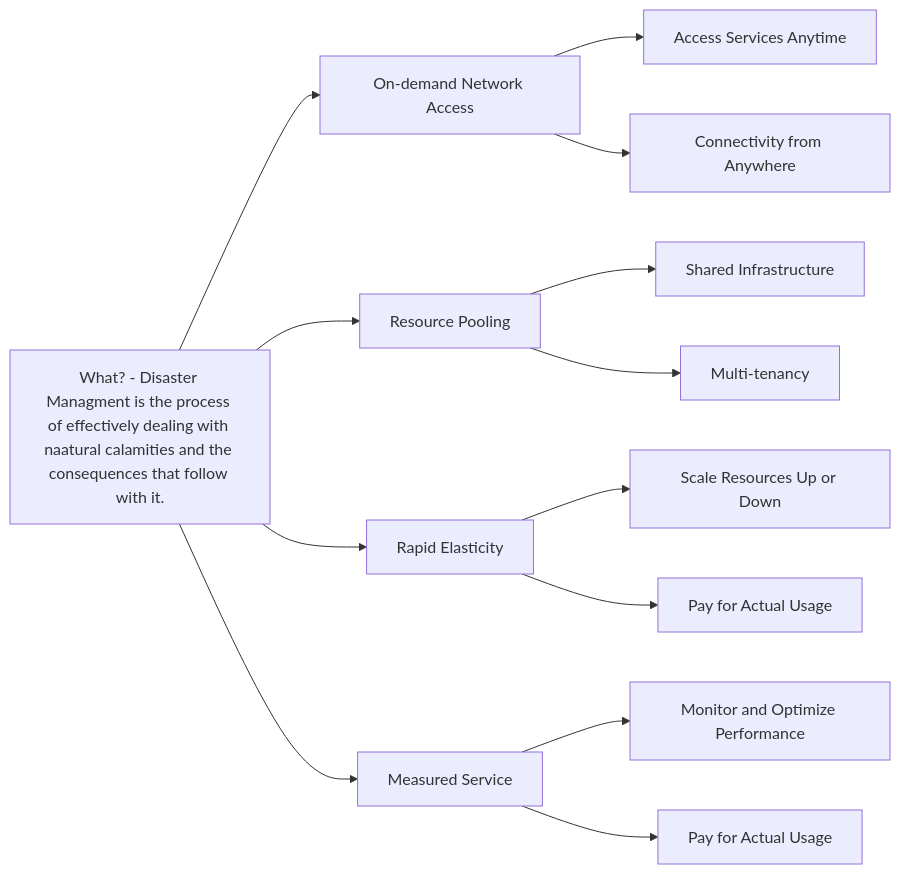
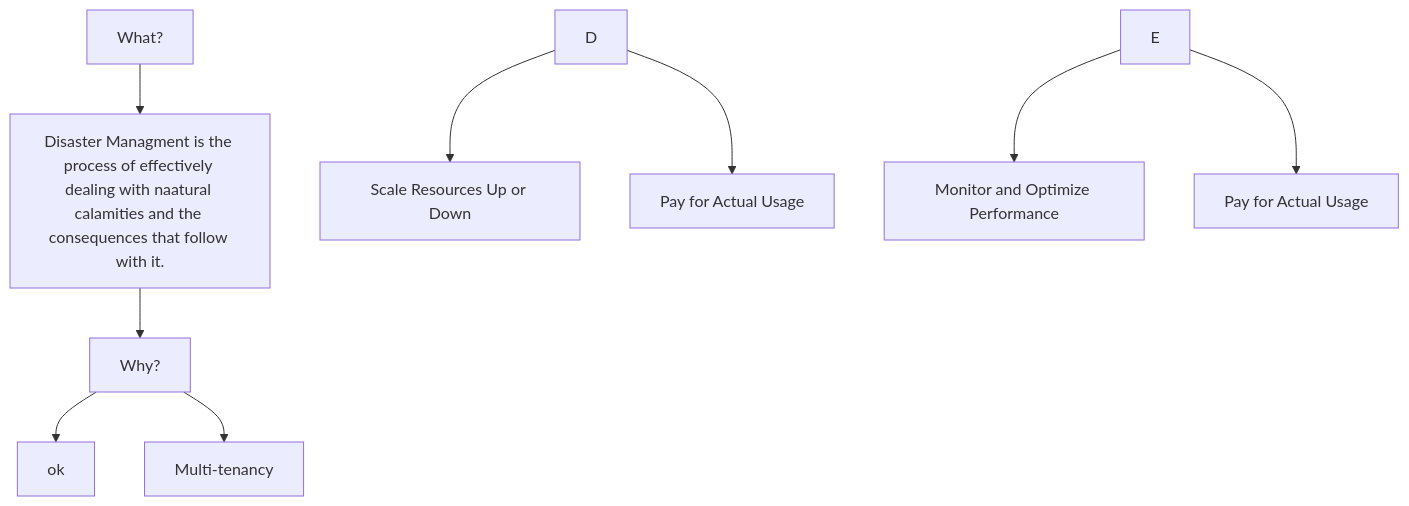
Before and after one commit to SivaaB/File_Leak_Detection: the diagram in flowchart2.md, drawn with Mermaid.

````diff
--- a/flowchart2.md
+++ b/flowchart2.md
@@ -1,15 +1,11 @@
 ```mermaid
-graph LR
-A[What? - Disaster Managment is the process of effectively dealing with naatural calamities and the consequences that follow with it.] --> B[On-demand Network Access]
-A --> C[Resource Pooling]
-A --> D[Rapid Elasticity]
-A --> E[Measured Service]
-B --> F[Access Services Anytime]
-B --> G[Connectivity from Anywhere]
-C --> H[Shared Infrastructure]
+graph TD
+A[What?] --> B[Disaster Managment is the process of effectively dealing with naatural calamities and the consequences that follow with it.]
+B --> C[Why?] 
+C --> H[ok]
 C --> I[Multi-tenancy]
 D --> J[Scale Resources Up or Down]
 D --> K[Pay for Actual Usage]
 E --> L[Monitor and Optimize Performance]
 E --> M[Pay for Actual Usage]
  ```
````
